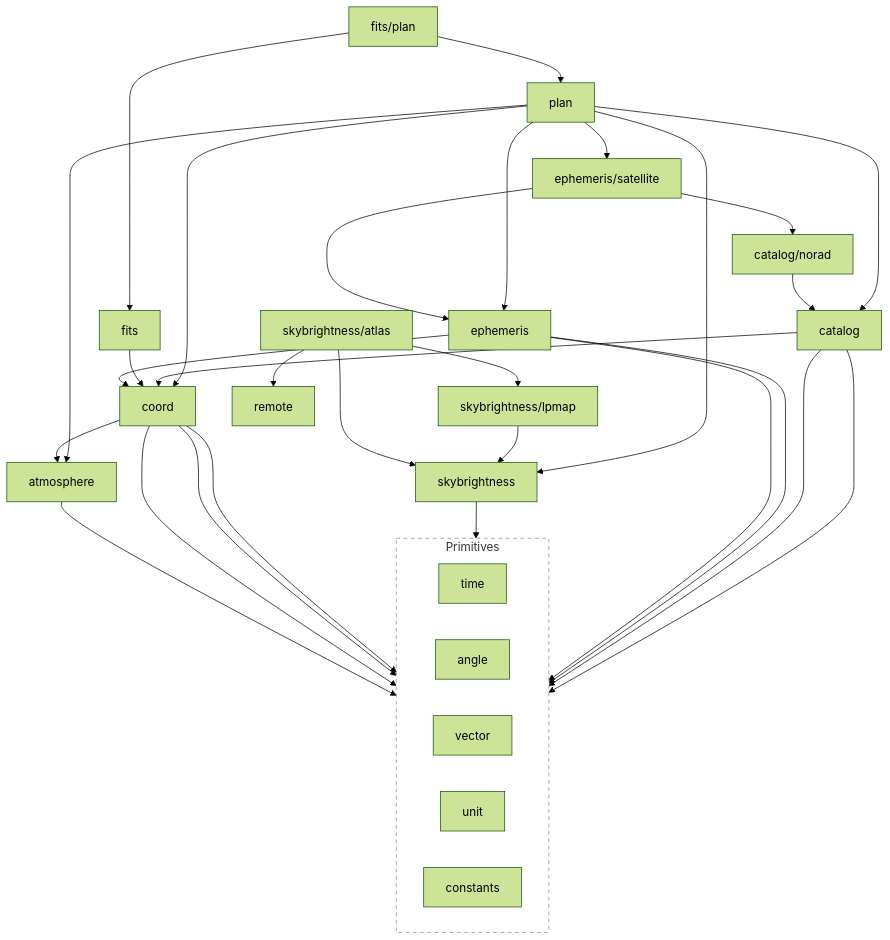
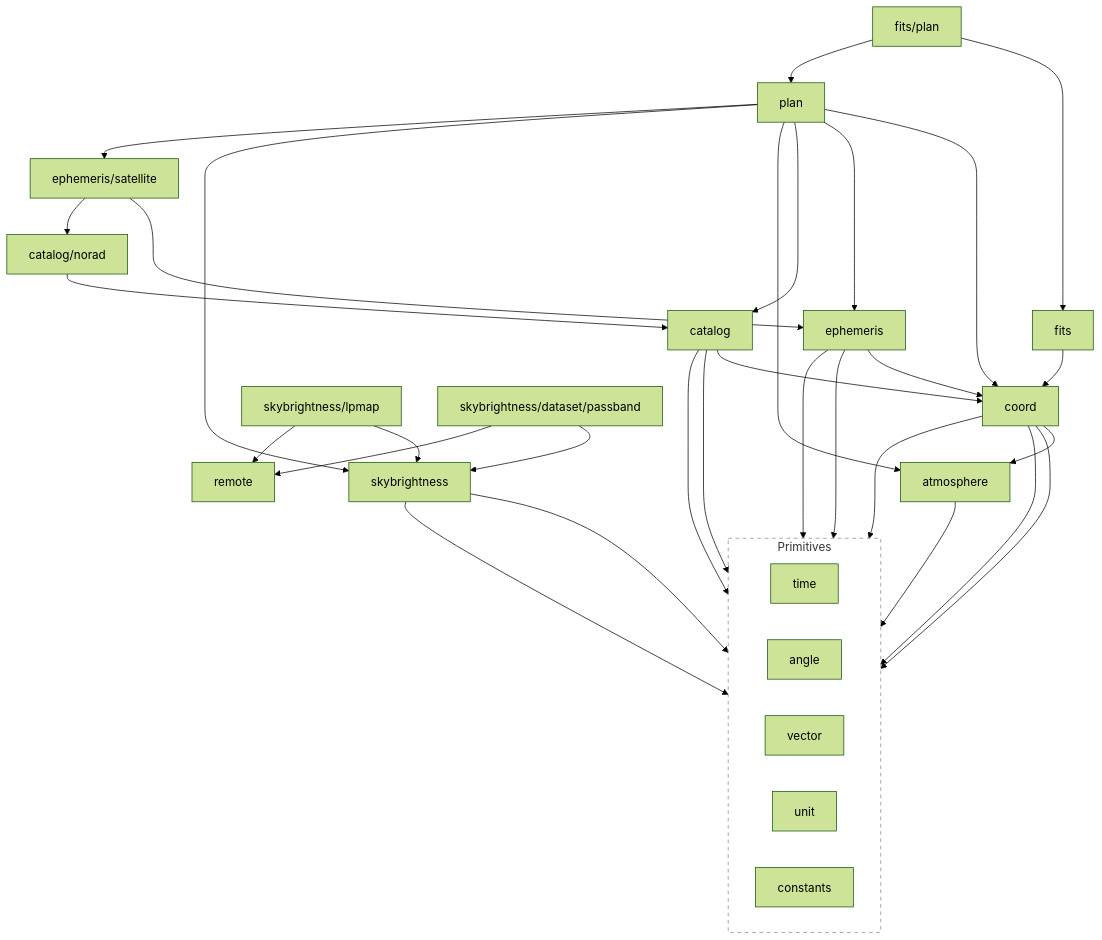
Before and after one commit to TuSKan/astrogo: the diagram in README.md, drawn with Mermaid (forest theme). The commit also changed other lines of this file and 96 other files, not shown here.

````diff
--- a/README.md
+++ b/README.md
@@ -562,67 +549,68 @@
 ```mermaid
 flowchart TD
     %% High-level Orchestration
     plan[plan]
     catalog[catalog]
     fitsplan["fits/plan"]
 
     %% Scientific Engines
     ephemeris[ephemeris]
     coord[coord]
     atmosphere[atmosphere]
     fits[fits]
     skybrightness[skybrightness]
 
     %% Data Providers
     lpmap["skybrightness/lpmap"]
-    atlas["skybrightness/atlas"]
+    passband["skybrightness/dataset/passband"]
 
     %% Primitive Foundation
     subgraph Primitives
         direction LR
         time[time]
         angle[angle]
         vector[vector]
         unit[unit]
         constants[constants]
     end
 
     %% Dependency mappings (Top-Down: A imports B)
     plan --> coord
     plan --> ephemeris
     plan --> catalog
     plan --> atmosphere
     plan --> skybrightness
 
     fitsplan --> fits
     fitsplan --> plan
 
     catalog --> coord
     catalog --> time
     catalog --> angle
 
     fits --> coord
 
     ephemeris --> time
     ephemeris --> vector
     ephemeris --> coord
     satellite["ephemeris/satellite"] --> ephemeris
     satellite --> norad
     norad["catalog/norad"] --> catalog
     plan --> satellite
 
     skybrightness --> angle
+    skybrightness --> unit
     lpmap --> skybrightness
-    atlas --> skybrightness
-    atlas --> lpmap
-    atlas --> remote
+    lpmap --> remote
+    passband --> skybrightness
+    passband --> remote
 
     coord --> atmosphere
     coord --> time
     coord --> vector
     coord --> angle
 
     atmosphere --> angle
 
     style Primitives fill:transparent,stroke:#888,stroke-dasharray: 5 5
 ```
````
